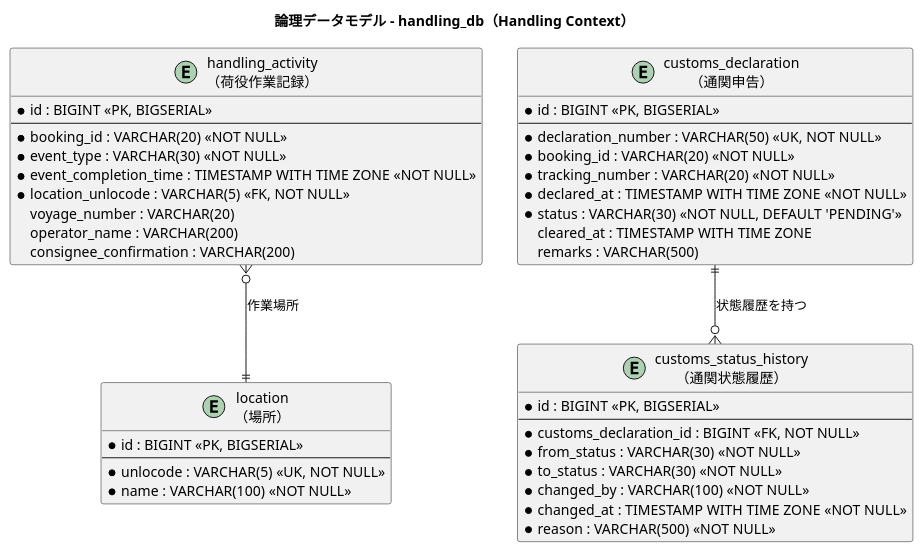
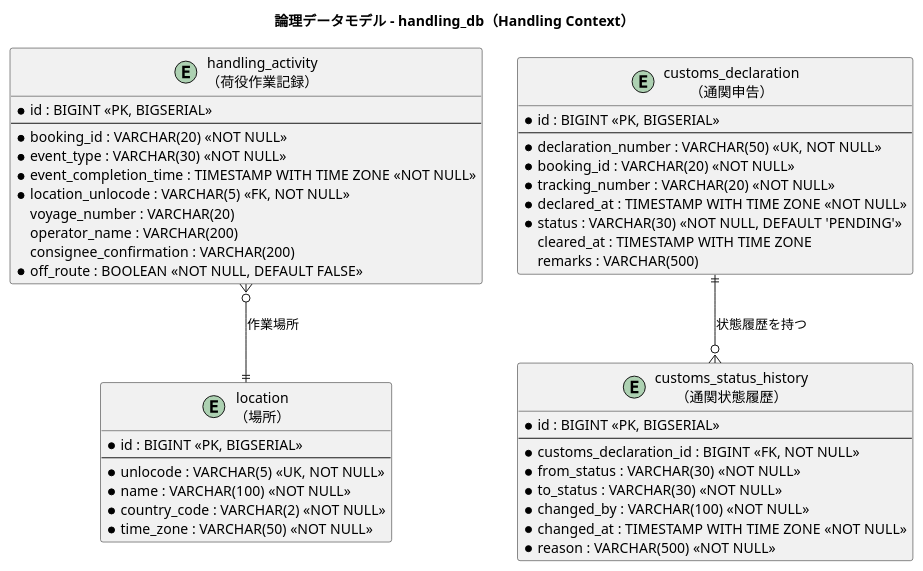
The sixth of 7 diagrams in docs/design/data-model.md (k2works/case-study-cargo-tracker), drawn with PlantUML before and after one commit. The commit also changed other lines of this file and 2 other files, not shown here.

First line of the commit message:
test(schema): 設計と実スキーマのずれを検査に落とす

````diff
--- a/docs/design/data-model.md
+++ b/docs/design/data-model.md
@@ -671,51 +675,54 @@
 ```plantuml
 @startuml
 title 論理データモデル - handling_db（Handling Context）
 
 entity "location\n（場所）" as location {
   * id : BIGINT <<PK, BIGSERIAL>>
   --
   * unlocode : VARCHAR(5) <<UK, NOT NULL>>
   * name : VARCHAR(100) <<NOT NULL>>
+  * country_code : VARCHAR(2) <<NOT NULL>>
+  * time_zone : VARCHAR(50) <<NOT NULL>>
 }
 
 entity "handling_activity\n（荷役作業記録）" as handling_activity {
   * id : BIGINT <<PK, BIGSERIAL>>
   --
   * booking_id : VARCHAR(20) <<NOT NULL>>
   * event_type : VARCHAR(30) <<NOT NULL>>
   * event_completion_time : TIMESTAMP WITH TIME ZONE <<NOT NULL>>
   * location_unlocode : VARCHAR(5) <<FK, NOT NULL>>
   voyage_number : VARCHAR(20)
   operator_name : VARCHAR(200)
   consignee_confirmation : VARCHAR(200)
+  * off_route : BOOLEAN <<NOT NULL, DEFAULT FALSE>>
 }
 
 entity "customs_declaration\n（通関申告）" as customs_declaration {
   * id : BIGINT <<PK, BIGSERIAL>>
   --
   * declaration_number : VARCHAR(50) <<UK, NOT NULL>>
   * booking_id : VARCHAR(20) <<NOT NULL>>
   * tracking_number : VARCHAR(20) <<NOT NULL>>
   * declared_at : TIMESTAMP WITH TIME ZONE <<NOT NULL>>
   * status : VARCHAR(30) <<NOT NULL, DEFAULT 'PENDING'>>
   cleared_at : TIMESTAMP WITH TIME ZONE
   remarks : VARCHAR(500)
 }
 
 entity "customs_status_history\n（通関状態履歴）" as customs_status_history {
   * id : BIGINT <<PK, BIGSERIAL>>
   --
   * customs_declaration_id : BIGINT <<FK, NOT NULL>>
   * from_status : VARCHAR(30) <<NOT NULL>>
   * to_status : VARCHAR(30) <<NOT NULL>>
   * changed_by : VARCHAR(100) <<NOT NULL>>
   * changed_at : TIMESTAMP WITH TIME ZONE <<NOT NULL>>
   * reason : VARCHAR(500) <<NOT NULL>>
 }
 
 customs_declaration ||--o{ customs_status_history : "状態履歴を持つ"
 handling_activity }o--|| location : "作業場所"
 
 @enduml
 ```
````
